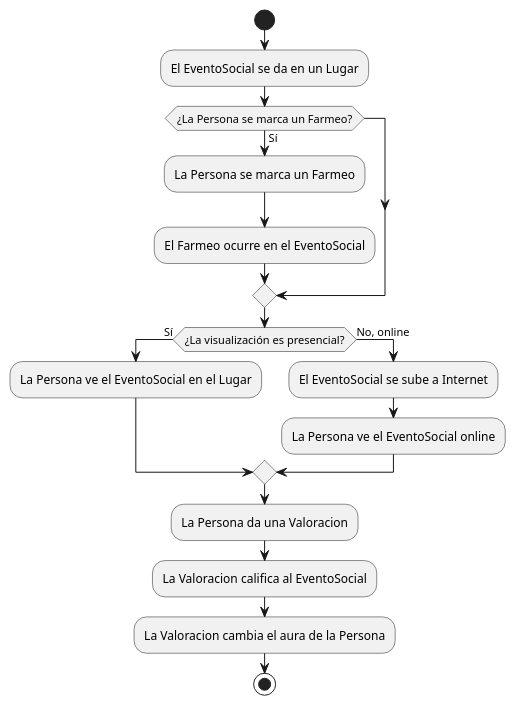
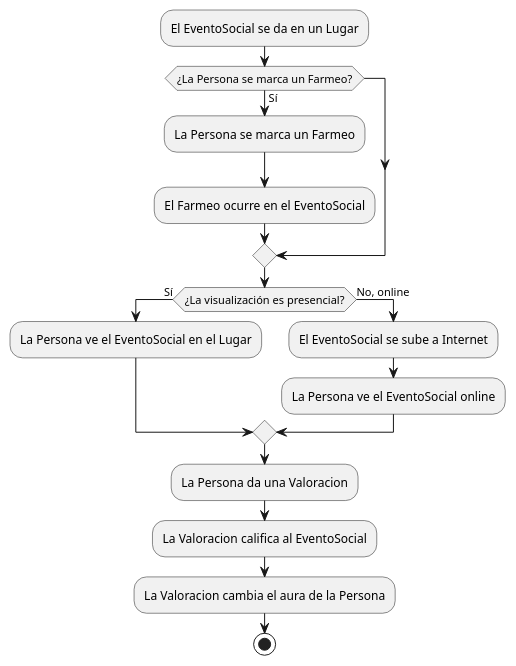
One commit to Angelo2272/26-27-idsw1 changed the diagram in entregas/zhenChao/src/reto-001/uml/aura/diagramaFlujoAura.puml. Above: the diagram before and after it, drawn with PlantUML.

Commit message:
fix: limpieza

```diff
--- a/entregas/zhenChao/src/reto-001/uml/aura/diagramaFlujoAura.puml
+++ b/entregas/zhenChao/src/reto-001/uml/aura/diagramaFlujoAura.puml
@@ -1,29 +1,26 @@
 @startuml
 skinparam monochrome true
 skinparam shadowing false
 
-' El orden y las alternativas siguen diagramaSecuencia.puml.
-' Las actividades representan las relaciones del dominio, no sus clases.
-start
 
 :El EventoSocial se da en un Lugar;
 
 if (¿La Persona se marca un Farmeo?) then (Sí)
     :La Persona se marca un Farmeo;
     :El Farmeo ocurre en el EventoSocial;
 endif
 
 if (¿La visualización es presencial?) then (Sí)
     :La Persona ve el EventoSocial en el Lugar;
 else (No, online)
     :El EventoSocial se sube a Internet;
     :La Persona ve el EventoSocial online;
 endif
 
 :La Persona da una Valoracion;
 :La Valoracion califica al EventoSocial;
 :La Valoracion cambia el aura de la Persona;
 
 stop
 
 @enduml
```
